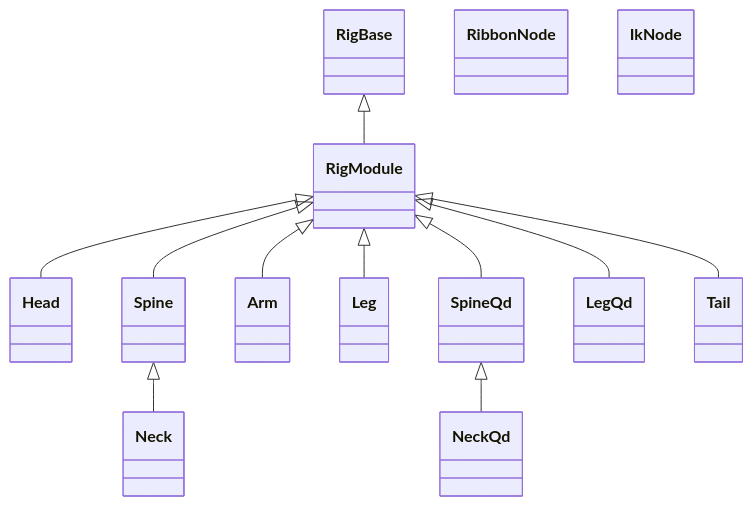
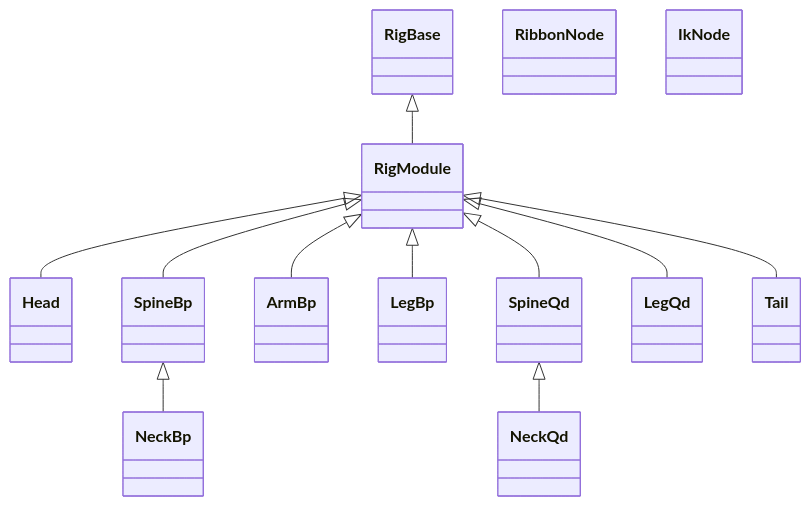
Before and after one commit to nickyliux/nl_rigging_tools: the second of 2 diagrams in README.md, drawn with Mermaid. The commit also changed other lines of this file, not shown here.

````diff
--- a/README.md
+++ b/README.md
@@ -39,15 +39,15 @@
 ```mermaid
 classDiagram
     RigBase <|-- RigModule
     class RibbonNode
     class IkNode
     RigModule <|-- Head
-    RigModule <|-- Spine
-    Spine <|-- Neck
-    RigModule <|-- Arm
-    RigModule <|-- Leg
+    RigModule <|-- SpineBp
+    SpineBp <|-- NeckBp
+    RigModule <|-- ArmBp
+    RigModule <|-- LegBp
     RigModule <|-- SpineQd
     SpineQd <|-- NeckQd
     RigModule <|-- LegQd
     RigModule <|-- Tail
 ```
````
